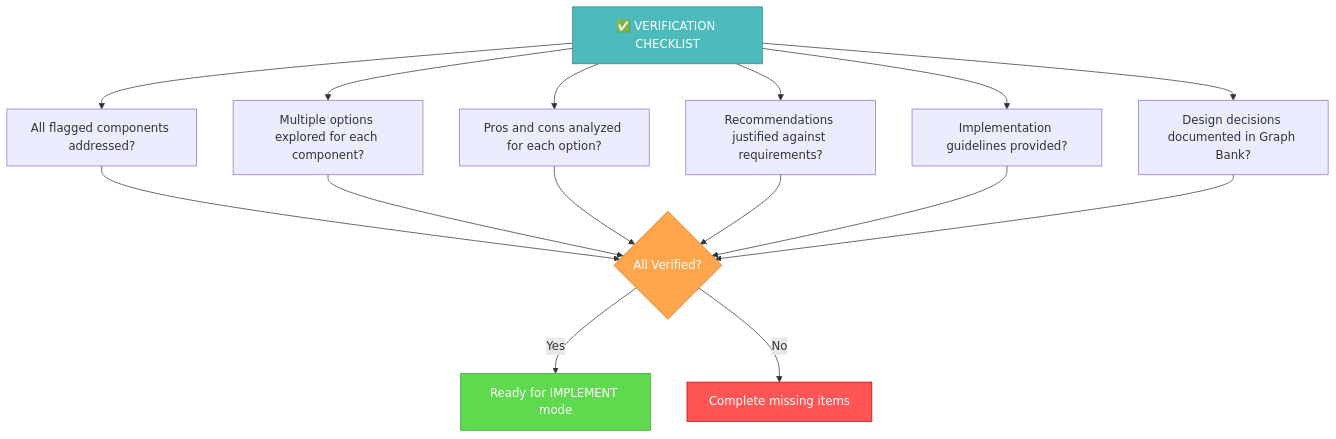
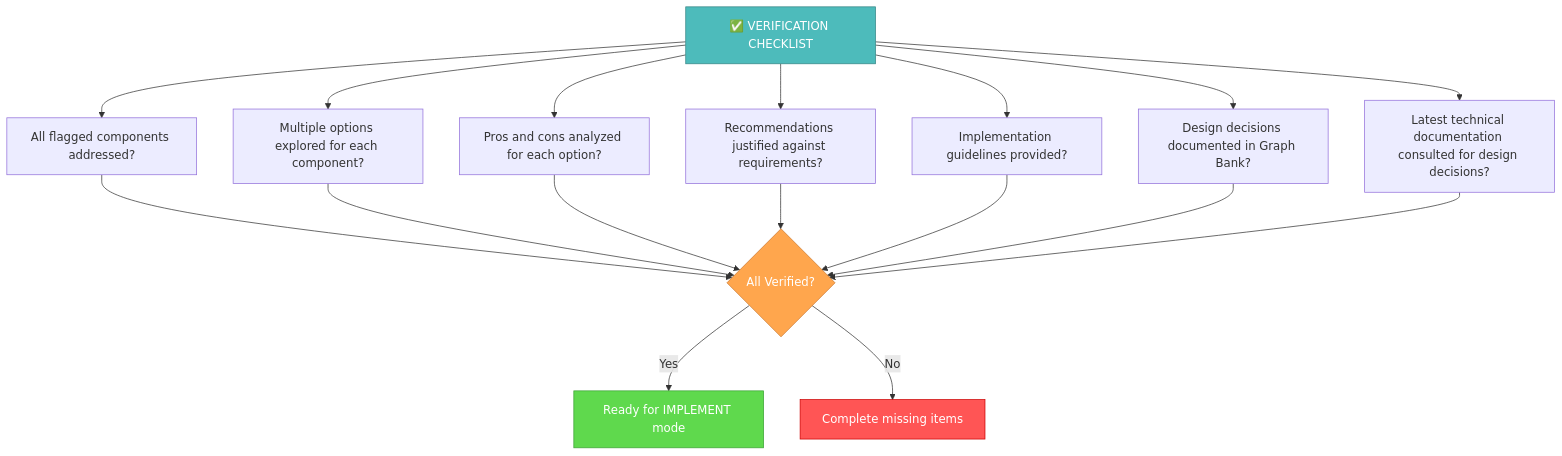
One commit to 7Spade/cursor-graph-bank-account changed the sixth of 6 diagrams in .cursor/rules/isolation_rules/Modes/creative-mode-custom.mdc. Above: the diagram before and after it, drawn with Mermaid. The commit also changed other lines of this file and 130 other files, not shown here.

````diff
--- a/.cursor/rules/isolation_rules/Modes/creative-mode-custom.mdc
+++ b/.cursor/rules/isolation_rules/Modes/creative-mode-custom.mdc
@@ -357,24 +374,25 @@
 ```mermaid
 ---
 config:
   layout: dagre
   look: classic
   theme: default
 ---
 flowchart TD
     V["✅ VERIFICATION CHECKLIST"] --> C["All flagged components addressed?"]
     V --> O["Multiple options explored for each component?"]
     V --> A["Pros and cons analyzed for each option?"]
     V --> R["Recommendations justified against requirements?"]
     V --> I["Implementation guidelines provided?"]
     V --> D["Design decisions documented in Graph Bank?"]
-    
-    C & O & A & R & I & D --> Decision{"All Verified?"}
+    V --> T["Latest technical documentation consulted for design decisions?"]
+
+    C & O & A & R & I & D & T --> Decision{"All Verified?"}
     Decision -->|"Yes"| Complete["Ready for IMPLEMENT mode"]
     Decision -->|"No"| Fix["Complete missing items"]
-    
+
     style V fill:#4dbbbb,stroke:#368787,color:white
     style Decision fill:#ffa64d,stroke:#cc7a30,color:white
     style Complete fill:#5fd94d,stroke:#3da336,color:white
     style Fix fill:#ff5555,stroke:#cc0000,color:white
 ```
````
